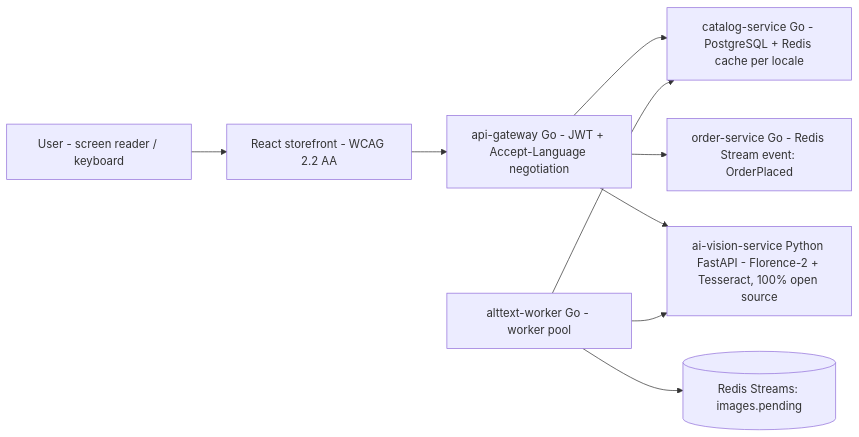
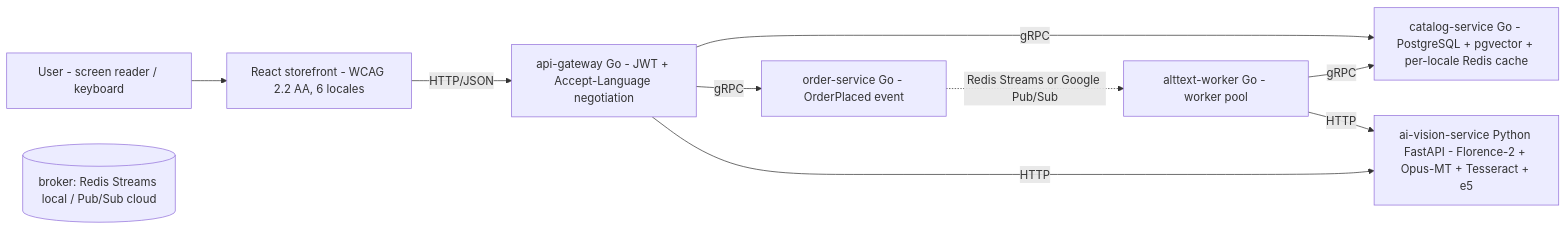
The diagram in README.md (eliezer-tavares/vitrine-que-fala), drawn with Mermaid before and after one commit. The commit also changed other lines of this file and 86 other files, not shown here.

Commit message:
feat: v2.0 - six locales as data, gRPC mesh, Pub/Sub broker, pgvector semantic search, k6, observability

````diff
--- a/README.md
+++ b/README.md
@@ -34,11 +35,12 @@
 ```mermaid
 flowchart LR
-  U[User - screen reader / keyboard] --> W[React storefront - WCAG 2.2 AA]
-  W --> G[api-gateway Go - JWT + Accept-Language negotiation]
-  G --> C[catalog-service Go - PostgreSQL + Redis cache per locale]
-  G --> O[order-service Go - Redis Stream event: OrderPlaced]
-  G --> A[ai-vision-service Python FastAPI - Florence-2 + Tesseract, 100% open source]
-  WK[alttext-worker Go - worker pool] --> A
-  WK --> R[(Redis Streams: images.pending)]
-  WK --> C
+  U[User - screen reader / keyboard] --> W[React storefront - WCAG 2.2 AA, 6 locales]
+  W -- HTTP/JSON --> G[api-gateway Go - JWT + Accept-Language negotiation]
+  G -- gRPC --> C[catalog-service Go - PostgreSQL + pgvector + per-locale Redis cache]
+  G -- gRPC --> O[order-service Go - OrderPlaced event]
+  G -- HTTP --> A[ai-vision-service Python FastAPI - Florence-2 + Opus-MT + Tesseract + e5]
+  WK[alttext-worker Go - worker pool] -- gRPC --> C
+  WK -- HTTP --> A
+  O -. Redis Streams or Google Pub/Sub .-> WK
+  R[(broker: Redis Streams local / Pub/Sub cloud)]
 ```
````
